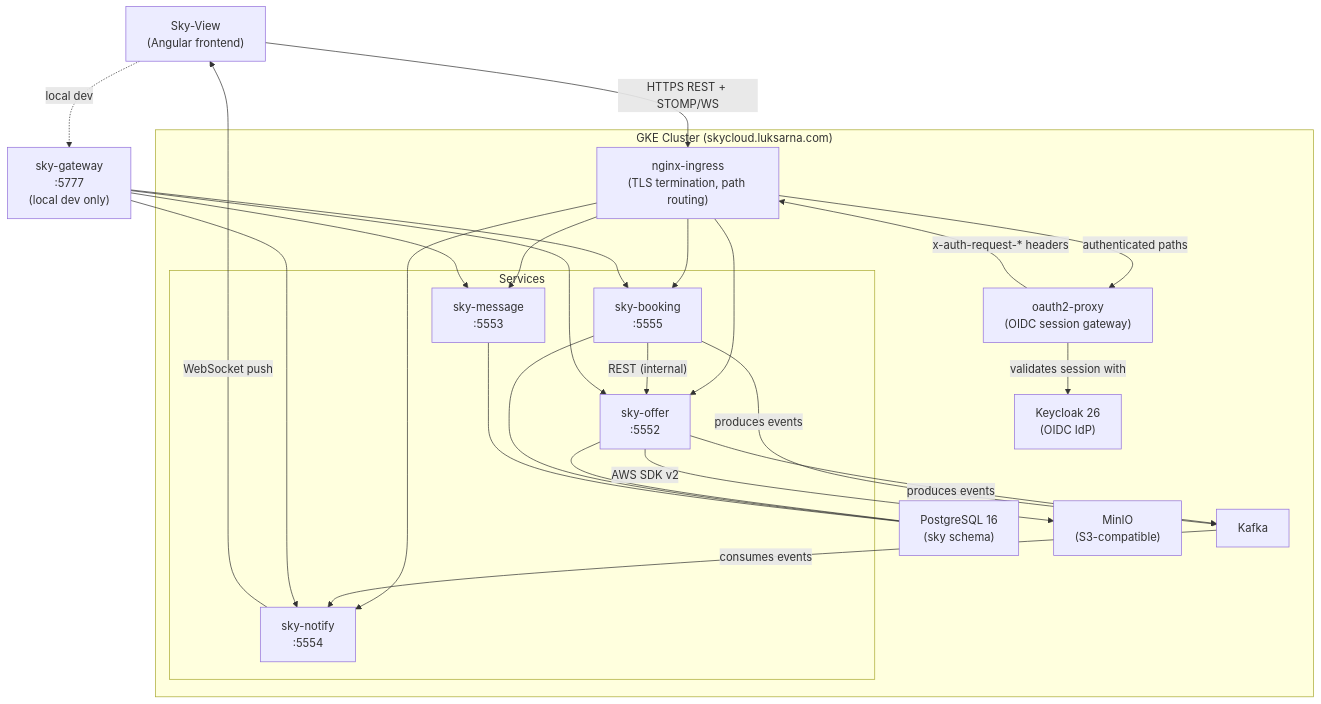
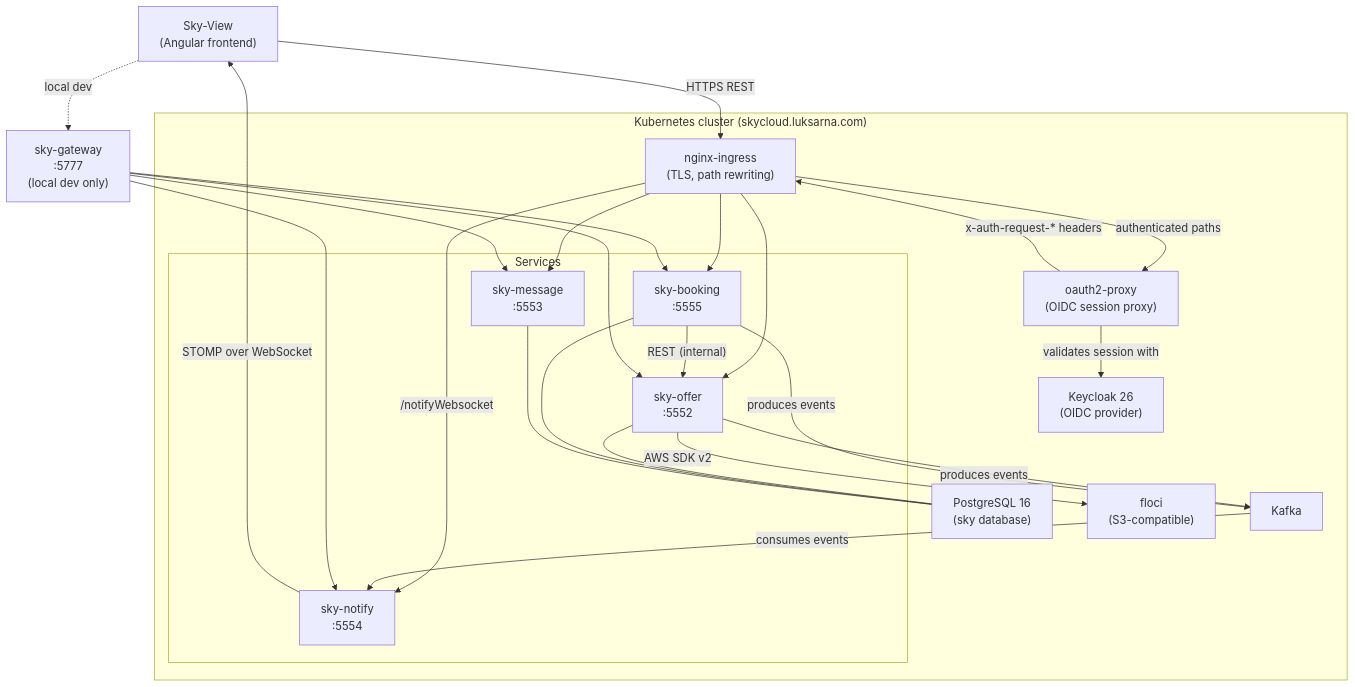
Before and after one commit to Lukk17/sky: the first of 2 diagrams in README.md, drawn with Mermaid. The commit also changed other lines of this file and 21 other files, not shown here.

````diff
--- a/README.md
+++ b/README.md
@@ -74,52 +63,64 @@
 ```mermaid
 graph TB
     accTitle: Sky system architecture
-    accDescr: Shows the Angular frontend, nginx ingress, oauth2-proxy, five backend services, Kafka, PostgreSQL, and MinIO
+    accDescr: Angular frontend, nginx-ingress, oauth2-proxy, four backend services, Kafka, PostgreSQL and the floci object store in a Kubernetes cluster, plus the local-development gateway
 
-    FE["Sky-View\n(Angular frontend)"]
+    FE["Sky-View
+    (Angular frontend)"]
 
-    subgraph GKE["GKE Cluster (skycloud.luksarna.com)"]
-        KC["Keycloak 26\n(OIDC IdP)"]
-        GW["oauth2-proxy\n(OIDC session gateway)"]
-        NGINX["nginx-ingress\n(TLS termination, path routing)"]
+    subgraph CLUSTER["Kubernetes cluster (skycloud.luksarna.com)"]
+        KC["Keycloak 26
+        (OIDC provider)"]
+        GW["oauth2-proxy
+        (OIDC session proxy)"]
+        NGINX["nginx-ingress
+        (TLS, path rewriting)"]
 
         subgraph Services["Services"]
-            OFFER["sky-offer\n:5552"]
-            BOOKING["sky-booking\n:5555"]
-            MESSAGE["sky-message\n:5553"]
-            NOTIFY["sky-notify\n:5554"]
+            OFFER["sky-offer
+            :5552"]
+            BOOKING["sky-booking
+            :5555"]
+            MESSAGE["sky-message
+            :5553"]
+            NOTIFY["sky-notify
+            :5554"]
         end
 
         KAFKA["Kafka"]
-        PG["PostgreSQL 16\n(sky schema)"]
-        MINIO["MinIO\n(S3-compatible)"]
+        PG["PostgreSQL 16
+        (sky database)"]
+        S3STORE["floci
+        (S3-compatible)"]
     end
 
-    LOCAL["sky-gateway\n:5777\n(local dev only)"]
+    LOCAL["sky-gateway
+    :5777
+    (local dev only)"]
 
-    FE -- "HTTPS REST + STOMP/WS" --> NGINX
+    FE -- "HTTPS REST" --> NGINX
     NGINX -- "authenticated paths" --> GW
     GW -- "validates session with" --> KC
     GW -- "x-auth-request-* headers" --> NGINX
     NGINX --> OFFER
     NGINX --> BOOKING
     NGINX --> MESSAGE
-    NGINX --> NOTIFY
+    NGINX -- "/notifyWebsocket" --> NOTIFY
 
     OFFER -- "produces events" --> KAFKA
     BOOKING -- "produces events" --> KAFKA
     KAFKA -- "consumes events" --> NOTIFY
-    NOTIFY -- "WebSocket push" --> FE
+    NOTIFY -- "STOMP over WebSocket" --> FE
 
     OFFER --- PG
     BOOKING --- PG
     MESSAGE --- PG
     BOOKING -- "REST (internal)" --> OFFER
-    OFFER -- "AWS SDK v2" --> MINIO
+    OFFER -- "AWS SDK v2" --> S3STORE
 
     FE -. "local dev" .-> LOCAL
     LOCAL --> OFFER
     LOCAL --> BOOKING
     LOCAL --> MESSAGE
     LOCAL --> NOTIFY
 ```
````
